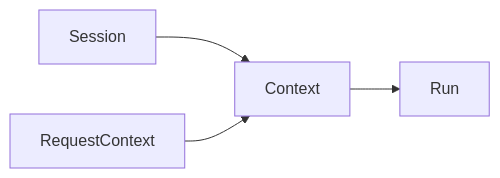
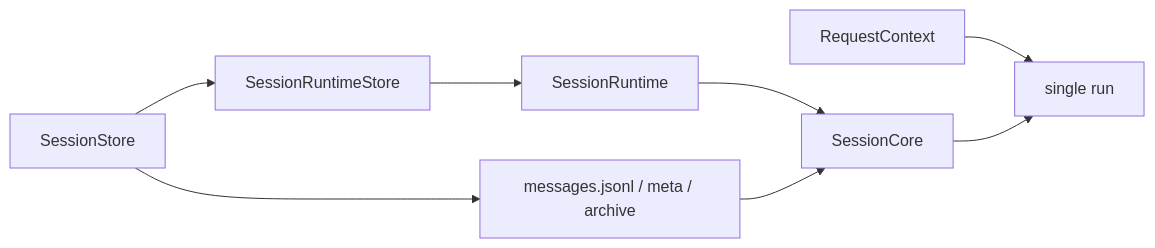
One commit to wangenius/downcity changed the diagram in homepage/content/devdocs/zh/session/overview.mdx. Above: the diagram before and after it, drawn with Mermaid. The commit also changed other lines of this file and 37 other files, not shown here.

````diff
--- a/homepage/content/devdocs/zh/session/overview.mdx
+++ b/homepage/content/devdocs/zh/session/overview.mdx
@@ -98,11 +132,18 @@
 ```mermaid
 flowchart LR
-  S["Session"]
+  S["SessionStore"]
+  RS["SessionRuntimeStore"]
+  RT["SessionRuntime"]
+  CORE["SessionCore"]
   RC["RequestContext"]
-  CTX["Context"]
-  R["Run"]
+  MSG["messages.jsonl / meta / archive"]
+  RUN["single run"]
 
-  S --> CTX
-  RC --> CTX
-  CTX --> R
+  S --> RS
+  RS --> RT
+  RT --> CORE
+  S --> MSG
+  RC --> RUN
+  CORE --> RUN
+  MSG --> CORE
 ```
````
